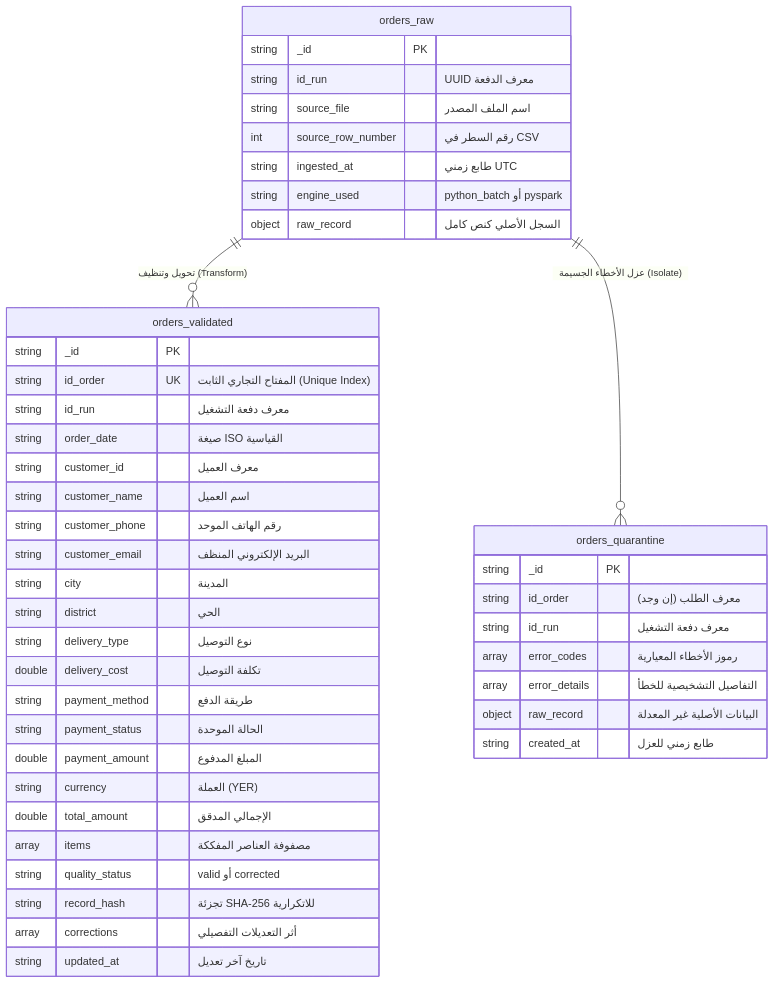
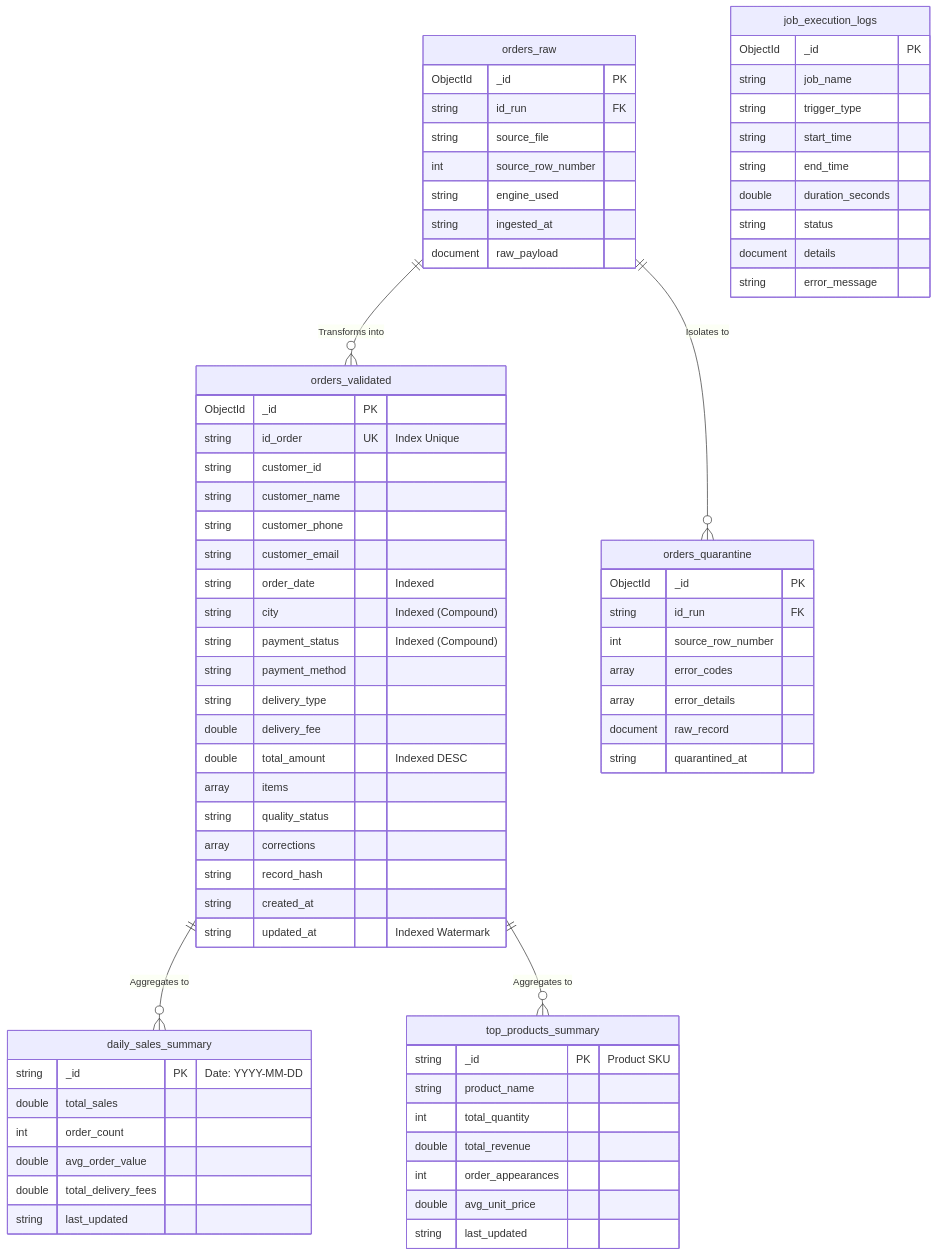
One commit to maaajedlx-lang/midterm-data-pipeline changed the fourth of 4 diagrams in README.md. Above: the diagram before and after it, drawn with Mermaid. The commit also changed other lines of this file and 2 other files, not shown here.

Commit message:
docs: finalize comprehensive and unique README for phase 1 and phase 2

````diff
--- a/README.md
+++ b/README.md
@@ -253,50 +676,80 @@
 ```mermaid
 erDiagram
     orders_raw {
-        string _id PK
-        string id_run "UUID معرف الدفعة"
-        string source_file "اسم الملف المصدر"
-        int source_row_number "رقم السطر في CSV"
-        string ingested_at "طابع زمني UTC"
-        string engine_used "python_batch أو pyspark"
-        object raw_record "السجل الأصلي كنص كامل"
+        ObjectId _id PK
+        string id_run FK
+        string source_file
+        int source_row_number
+        string engine_used
+        string ingested_at
+        document raw_payload
     }
 
     orders_validated {
-        string _id PK
-        string id_order UK "المفتاح التجاري الثابت (Unique Index)"
-        string id_run "معرف دفعة التشغيل"
-        string order_date "صيغة ISO القياسية"
-        string customer_id "معرف العميل"
-        string customer_name "اسم العميل"
-        string customer_phone "رقم الهاتف الموحد"
-        string customer_email "البريد الإلكتروني المنظف"
-        string city "المدينة"
-        string district "الحي"
-        string delivery_type "نوع التوصيل"
-        double delivery_cost "تكلفة التوصيل"
-        string payment_method "طريقة الدفع"
-        string payment_status "الحالة الموحدة"
-        double payment_amount "المبلغ المدفوع"
-        string currency "العملة (YER)"
-        double total_amount "الإجمالي المدقق"
-        array items "مصفوفة العناصر المفككة"
-        string quality_status "valid أو corrected"
-        string record_hash "تجزئة SHA-256 للاتكرارية"
-        array corrections "أثر التعديلات التفصيلي"
-        string updated_at "تاريخ آخر تعديل"
+        ObjectId _id PK
+        string id_order UK "Index Unique"
+        string customer_id
+        string customer_name
+        string customer_phone
+        string customer_email
+        string order_date "Indexed"
+        string city "Indexed (Compound)"
+        string payment_status "Indexed (Compound)"
+        string payment_method
+        string delivery_type
+        double delivery_fee
+        double total_amount "Indexed DESC"
+        array items
+        string quality_status
+        array corrections
+        string record_hash
+        string created_at
+        string updated_at "Indexed Watermark"
     }
 
     orders_quarantine {
-        string _id PK
-        string id_order "معرف الطلب (إن وجد)"
-        string id_run "معرف دفعة التشغيل"
-        array error_codes "رموز الأخطاء المعيارية"
-        array error_details "التفاصيل التشخيصية للخطأ"
-        object raw_record "البيانات الأصلية غير المعدلة"
-        string created_at "طابع زمني للعزل"
+        ObjectId _id PK
+        string id_run FK
+        int source_row_number
+        array error_codes
+        array error_details
+        document raw_record
+        string quarantined_at
     }
 
-    orders_raw ||--o{ orders_validated : "تحويل وتنظيف (Transform)"
-    orders_raw ||--o{ orders_quarantine : "عزل الأخطاء الجسيمة (Isolate)"
+    daily_sales_summary {
+        string _id PK "Date: YYYY-MM-DD"
+        double total_sales
+        int order_count
+        double avg_order_value
+        double total_delivery_fees
+        string last_updated
+    }
+
+    top_products_summary {
+        string _id PK "Product SKU"
+        string product_name
+        int total_quantity
+        double total_revenue
+        int order_appearances
+        double avg_unit_price
+        string last_updated
+    }
+
+    job_execution_logs {
+        ObjectId _id PK
+        string job_name
+        string trigger_type
+        string start_time
+        string end_time
+        double duration_seconds
+        string status
+        document details
+        string error_message
+    }
+
+    orders_raw ||--o{ orders_validated : "Transforms into"
+    orders_raw ||--o{ orders_quarantine : "Isolates to"
+    orders_validated ||--o{ daily_sales_summary : "Aggregates to"
+    orders_validated ||--o{ top_products_summary : "Aggregates to"
 ```
````
